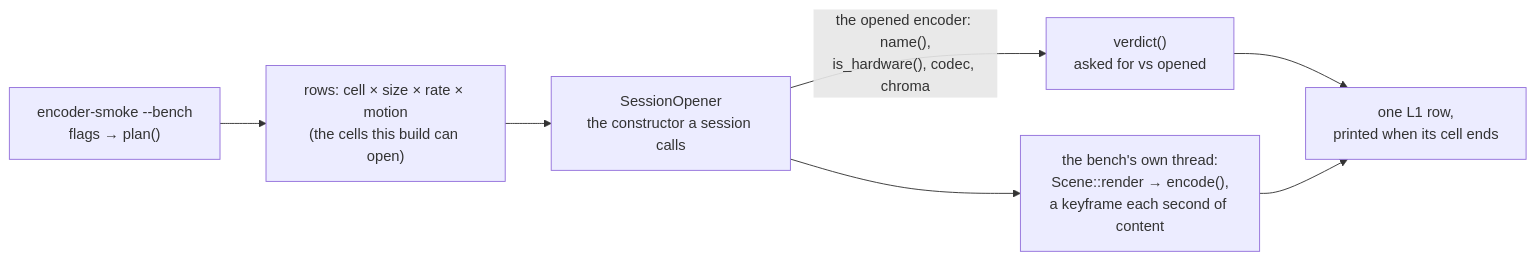
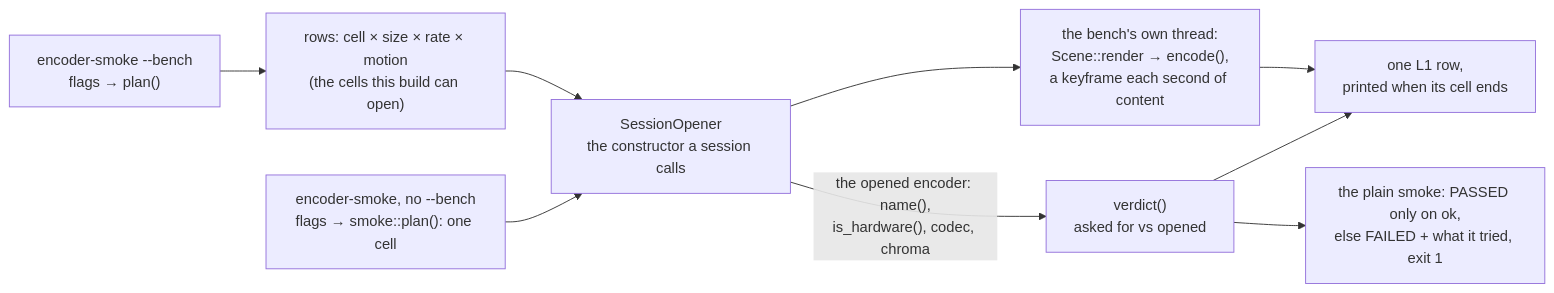
Before and after one commit to gjovanov/roomler-ai: the tenth of 12 diagrams in docs/testing.md, drawn with Mermaid. The commit also changed other lines of this file and 6 other files, not shown here.

First line of the commit message:
docs(agent): the smoke's docs say what it asserts: one cell, judged by the L1 verdict, and what it tried

````diff
--- a/docs/testing.md
+++ b/docs/testing.md
@@ -674,9 +674,11 @@
 ```mermaid
 flowchart LR
     A["encoder-smoke --bench<br/>flags → plan()"] --> B["rows: cell × size × rate × motion<br/>(the cells this build can open)"]
+    S["encoder-smoke, no --bench<br/>flags → smoke::plan(): one cell"] --> C
     B --> C["SessionOpener<br/>the constructor a session calls"]
     C -- "the opened encoder: name(),<br/>is_hardware(), codec, chroma" --> D["verdict()<br/>asked for vs opened"]
     C --> E["the bench's own thread:<br/>Scene::render → encode(),<br/>a keyframe each second of content"]
     D --> F["one L1 row,<br/>printed when its cell ends"]
     E --> F
+    D --> G["the plain smoke: PASSED only on ok,<br/>else FAILED + what it tried, exit 1"]
 ```
````
